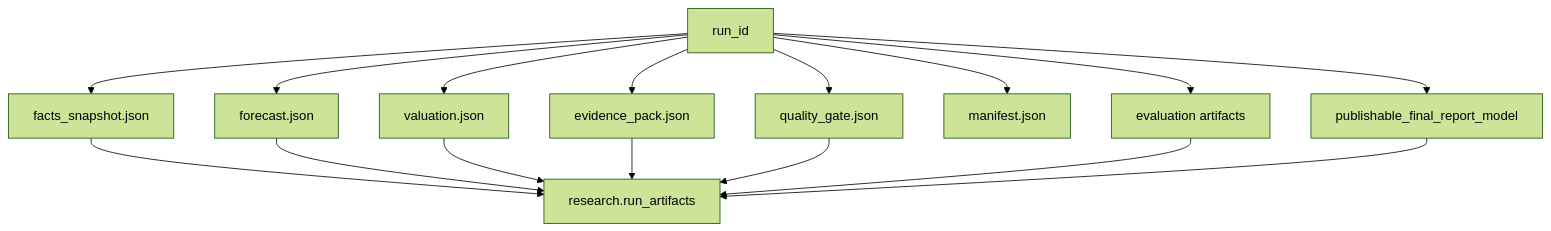
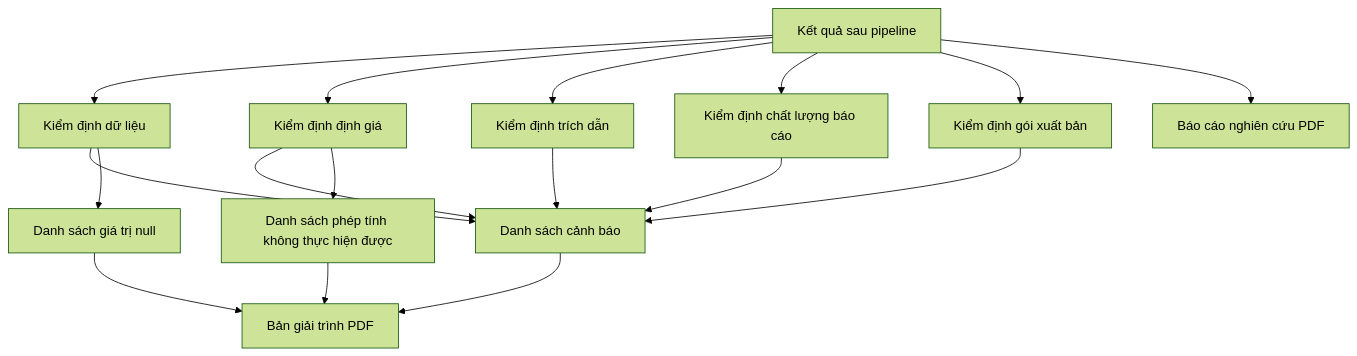
Before and after one commit to haubelerche/equity-research-system: the seventh of 9 diagrams in docs/SEQUENCE.md, drawn with Mermaid (forest theme). The commit also changed other lines of this file and 122 other files, not shown here.

````diff
--- a/docs/SEQUENCE.md
+++ b/docs/SEQUENCE.md
@@ -413,29 +216,26 @@
 ```mermaid
 flowchart TD
-    A["run_id"]
-    B["facts_snapshot.json"]
-    C["forecast.json"]
-    D["valuation.json"]
-    E["evidence_pack.json"]
-    F["quality_gate.json"]
-    G["manifest.json"]
-    H["evaluation artifacts"]
-    I["publishable_final_report_model"]
-    J["research.run_artifacts"]
+    A["Kết quả sau pipeline"]
+    B["Kiểm định dữ liệu"]
+    C["Kiểm định định giá"]
+    D["Kiểm định trích dẫn"]
+    E["Kiểm định chất lượng báo cáo"]
+    F["Kiểm định gói xuất bản"]
+    G["Danh sách cảnh báo"]
+    H["Danh sách giá trị null"]
+    I["Danh sách phép tính không thực hiện được"]
+    J["Bản giải trình PDF"]
+    K["Báo cáo nghiên cứu PDF"]
 
-    A --> B
-    A --> C
-    A --> D
-    A --> E
-    A --> F
-    A --> G
-    A --> H
-    A --> I
-    B --> J
-    C --> J
-    D --> J
-    E --> J
-    F --> J
+    A --> B --> G
+    A --> C --> G
+    A --> D --> G
+    A --> E --> G
+    A --> F --> G
+    B --> H
+    C --> I
+    G --> J
     H --> J
     I --> J
+    A --> K
 ```
````
